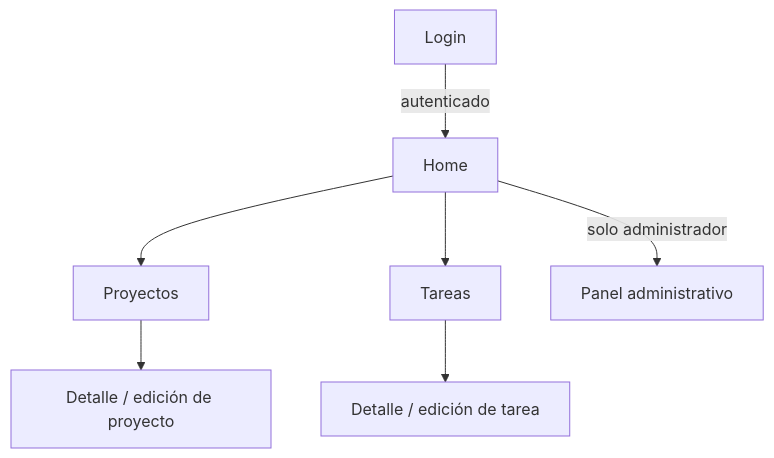
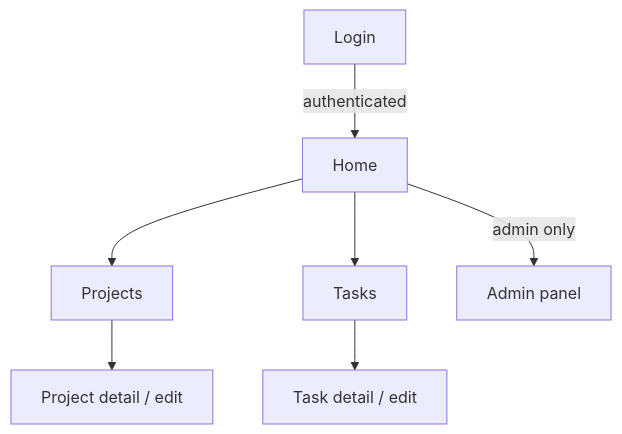
One commit to TomasPosada0626/Trazo changed the diagram in README.md. Above: the diagram before and after it, drawn with Mermaid. The commit also changed other lines of this file, not shown here.

````diff
--- a/README.md
+++ b/README.md
@@ -89,9 +89,9 @@
 ```mermaid
 flowchart TD
-    Login -->|autenticado| Home
-    Home --> Proyectos
-    Home --> Tareas
-    Proyectos --> ProyectoDetalle["Detalle / edición de proyecto"]
-    Tareas --> TareaDetalle["Detalle / edición de tarea"]
-    Home -->|solo administrador| Panel["Panel administrativo"]
+    Login -->|authenticated| Home
+    Home --> Projects
+    Home --> Tasks
+    Projects --> ProjectDetail["Project detail / edit"]
+    Tasks --> TaskDetail["Task detail / edit"]
+    Home -->|admin only| Panel["Admin panel"]
 ```
````
